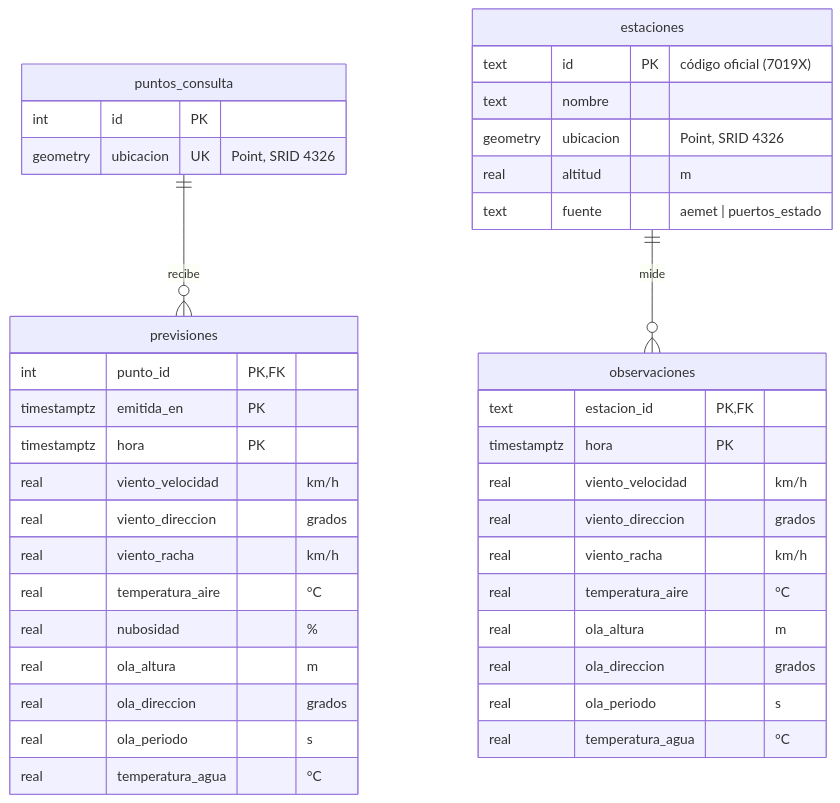
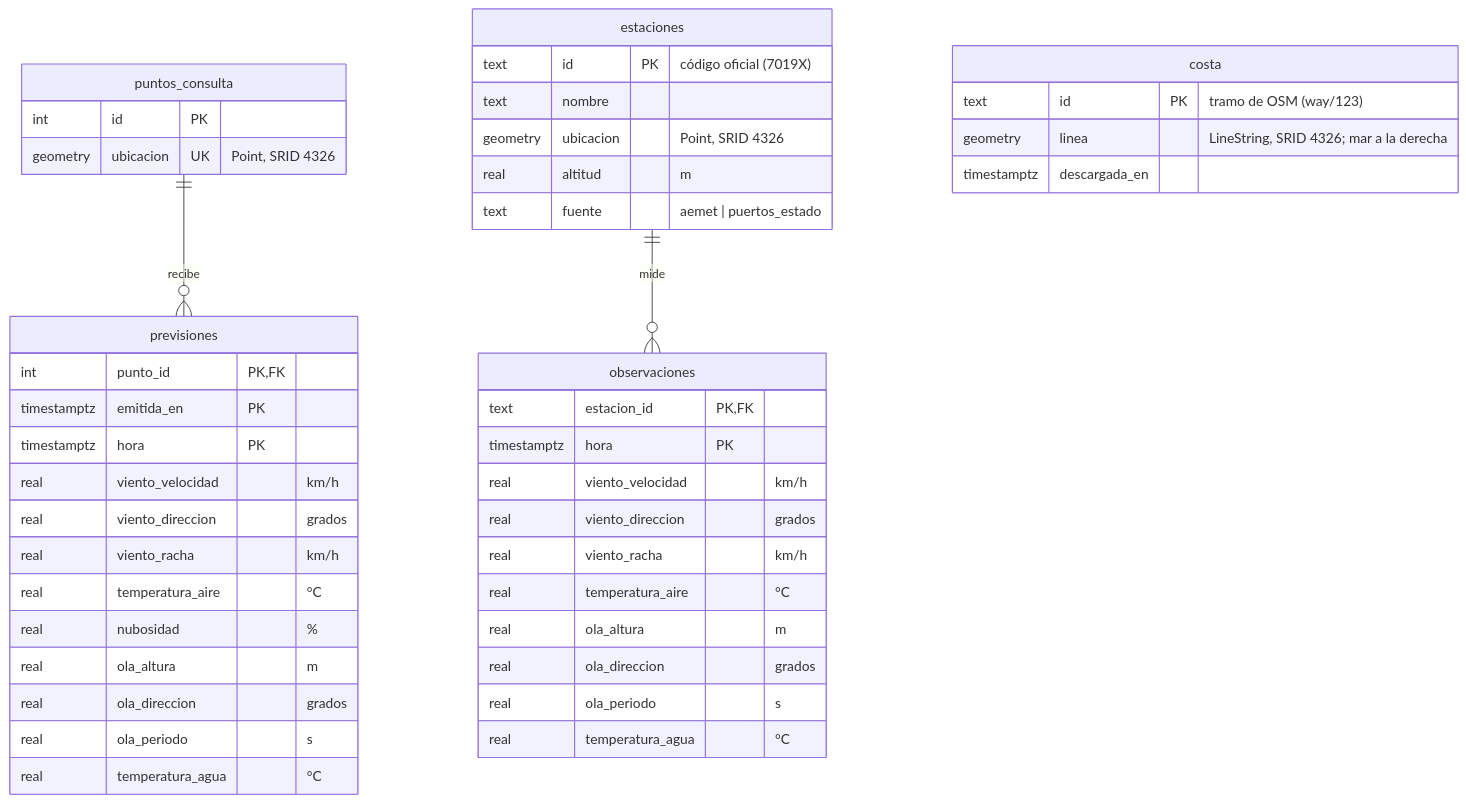
The second of 2 diagrams in docs/modelo-datos.md (pdawgabriel-hub/playa-hoy), drawn with Mermaid before and after one commit. The commit also changed other lines of this file and 12 other files, not shown here.

````diff
--- a/docs/modelo-datos.md
+++ b/docs/modelo-datos.md
@@ -78,46 +78,52 @@
 ```mermaid
 erDiagram
     puntos_consulta ||--o{ previsiones : "recibe"
     estaciones ||--o{ observaciones : "mide"
 
     puntos_consulta {
         int id PK
         geometry ubicacion UK "Point, SRID 4326"
     }
 
     previsiones {
         int punto_id PK, FK
         timestamptz emitida_en PK
         timestamptz hora PK
         real viento_velocidad "km/h"
         real viento_direccion "grados"
         real viento_racha "km/h"
         real temperatura_aire "°C"
         real nubosidad "%"
         real ola_altura "m"
         real ola_direccion "grados"
         real ola_periodo "s"
         real temperatura_agua "°C"
     }
 
     estaciones {
         text id PK "código oficial (7019X)"
         text nombre
         geometry ubicacion "Point, SRID 4326"
         real altitud "m"
         text fuente "aemet | puertos_estado"
     }
 
     observaciones {
         text estacion_id PK, FK
         timestamptz hora PK
         real viento_velocidad "km/h"
         real viento_direccion "grados"
         real viento_racha "km/h"
         real temperatura_aire "°C"
         real ola_altura "m"
         real ola_direccion "grados"
         real ola_periodo "s"
         real temperatura_agua "°C"
     }
+
+    costa {
+        text id PK "tramo de OSM (way/123)"
+        geometry linea "LineString, SRID 4326; mar a la derecha"
+        timestamptz descargada_en
+    }
 ```
````
